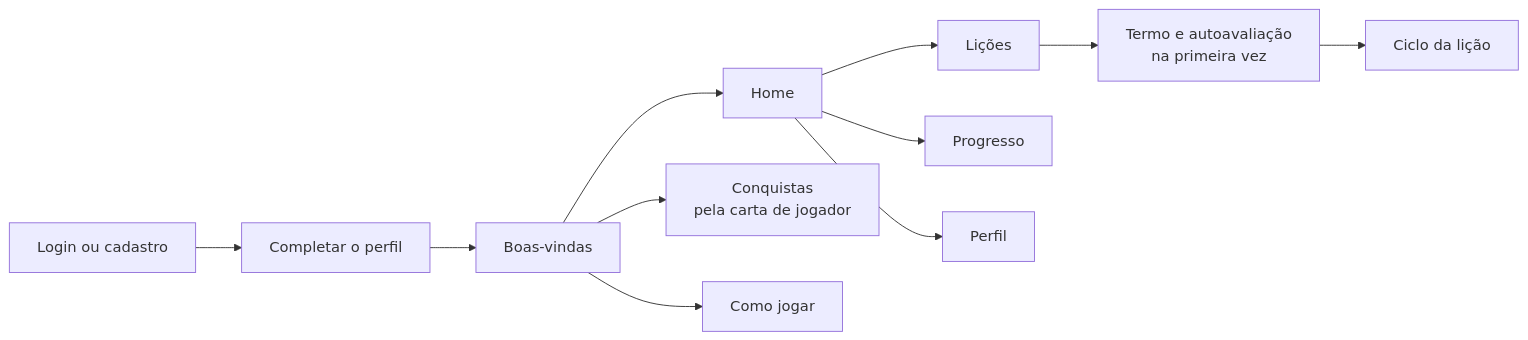
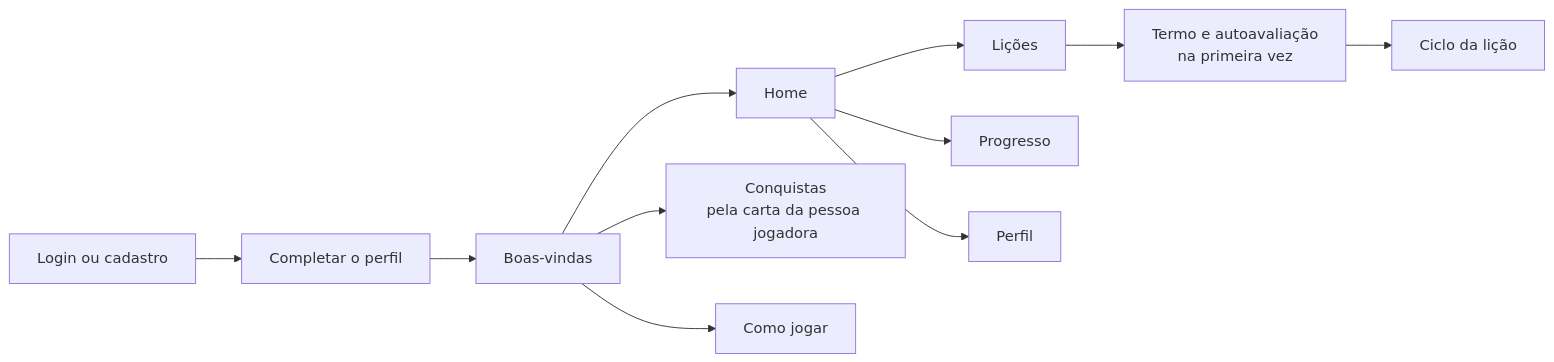
Before and after one commit to Tiagopbc/App_MobileBuilders_Maragames: the first of 3 diagrams in docs/arquitetura.md, drawn with Mermaid. The commit also changed other lines of this file and 15 other files, not shown here.

Commit message:
Cartões em formato de quiz (ideia, exemplo e pergunta para pensar), sem autores e com pessoa jogadora nos cartões, nas questões e nos comentários

````diff
--- a/docs/arquitetura.md
+++ b/docs/arquitetura.md
@@ -9,10 +9,10 @@
 ```mermaid
 flowchart LR
     L["Login ou cadastro"] --> P["Completar o perfil"] --> B["Boas-vindas"] --> H["Home"]
-    B --> CJ["Conquistas<br/>pela carta de jogador"]
+    B --> CJ["Conquistas<br/>pela carta da pessoa jogadora"]
     B --> RG["Como jogar"]
     H --> LI["Lições"]
     H --> PR["Progresso"]
     H --> PE["Perfil"]
     LI --> T["Termo e autoavaliação<br/>na primeira vez"] --> CI["Ciclo da lição"]
 ```
````
